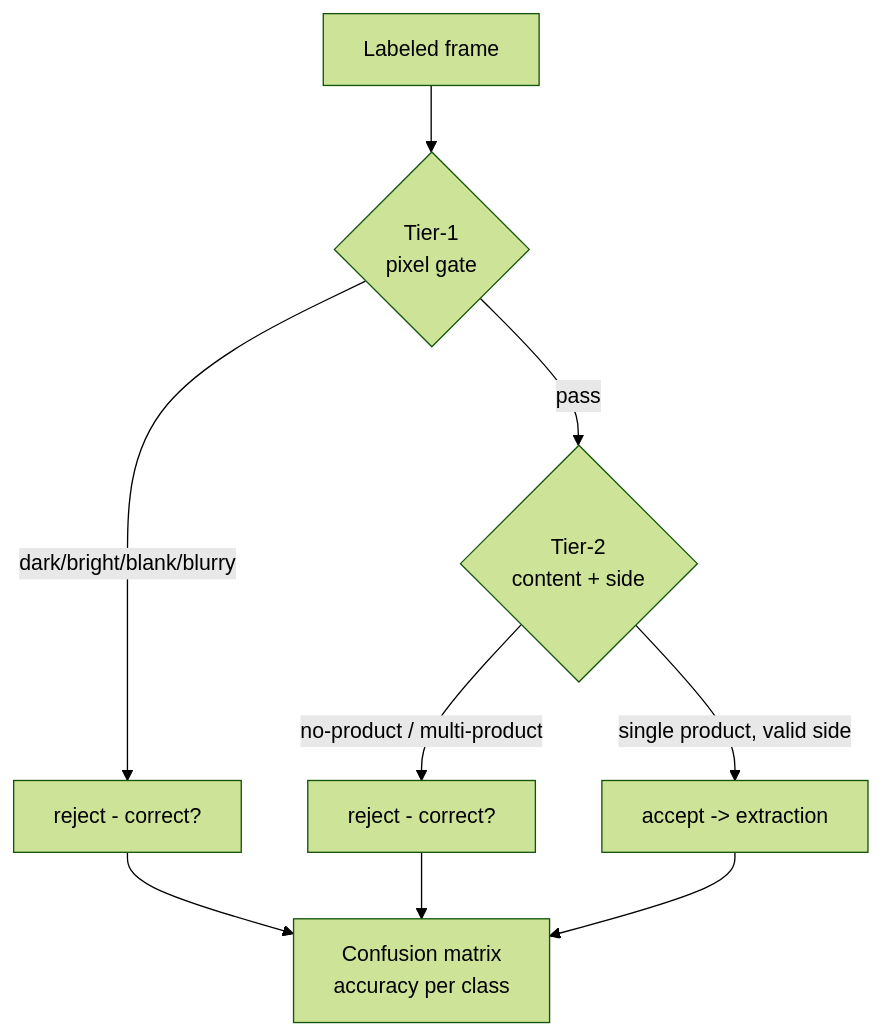
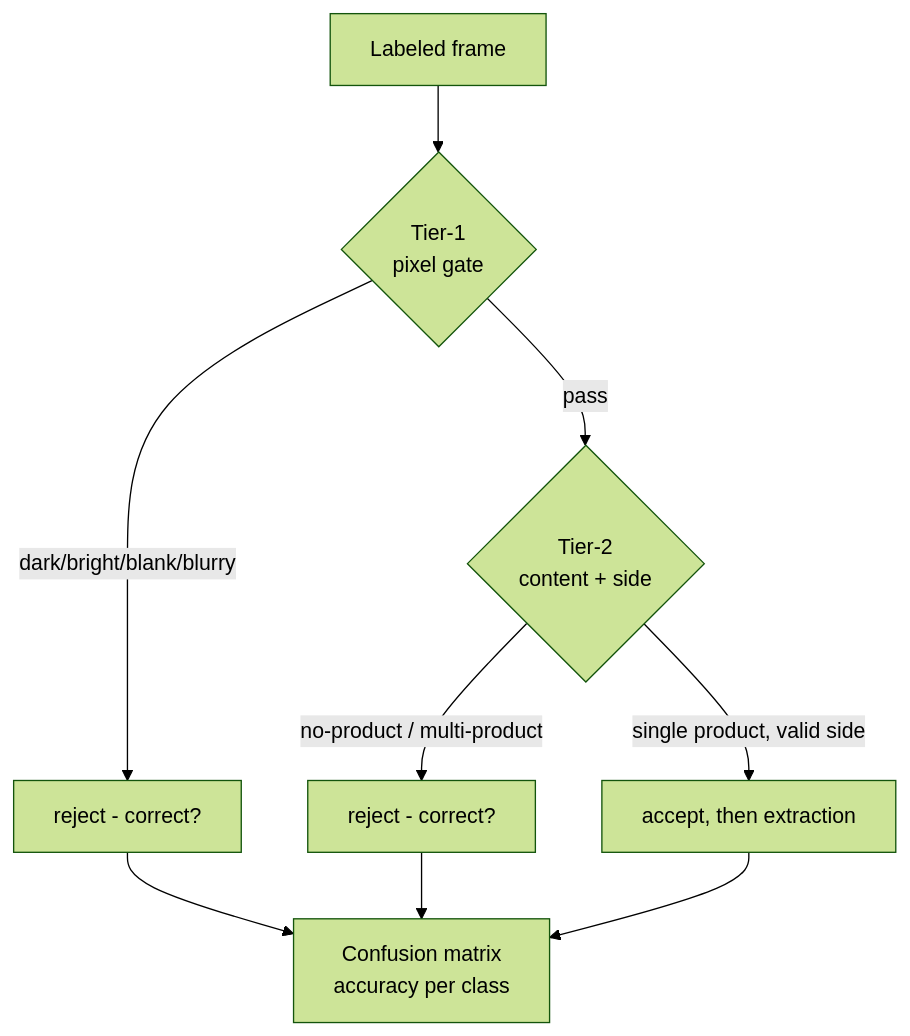
One commit to dvallslanaquera/skingraph changed the sixth of 14 diagrams in EVAL-OPS.md. Above: the diagram before and after it, drawn with Mermaid (forest theme). The commit also changed other lines of this file and 1 other file, not shown here.

First line of the commit message:
docs: sync roadmap with shipped phases 3-7; GitHub-safe EVAL-OPS mermaid labels

````diff
--- a/EVAL-OPS.md
+++ b/EVAL-OPS.md
@@ -246,11 +246,11 @@
 ```mermaid
 flowchart TD
     F[Labeled frame] --> T1{Tier-1<br/>pixel gate}
     T1 -->|dark/bright/blank/blurry| R1[reject - correct?]
     T1 -->|pass| T2{Tier-2<br/>content + side}
     T2 -->|no-product / multi-product| R2[reject - correct?]
-    T2 -->|single product, valid side| OK[accept -> extraction]
+    T2 -->|single product, valid side| OK[accept, then extraction]
     R1 --> CM[Confusion matrix<br/>accuracy per class]
     R2 --> CM
     OK --> CM
 ```
````
